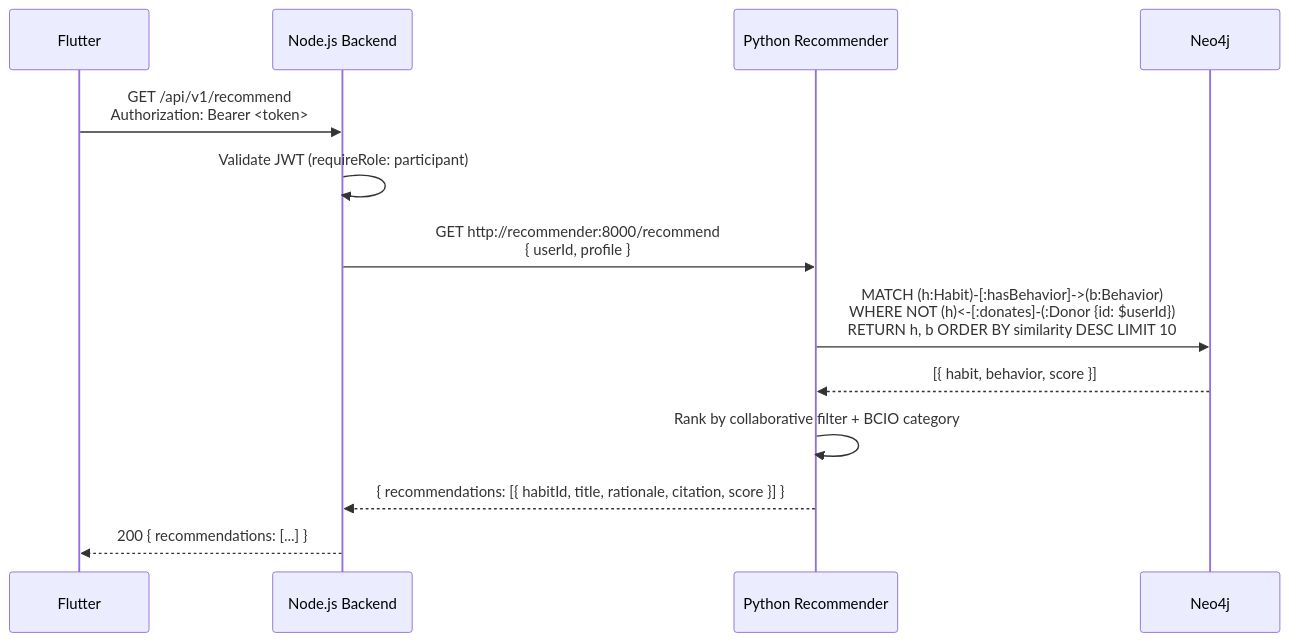
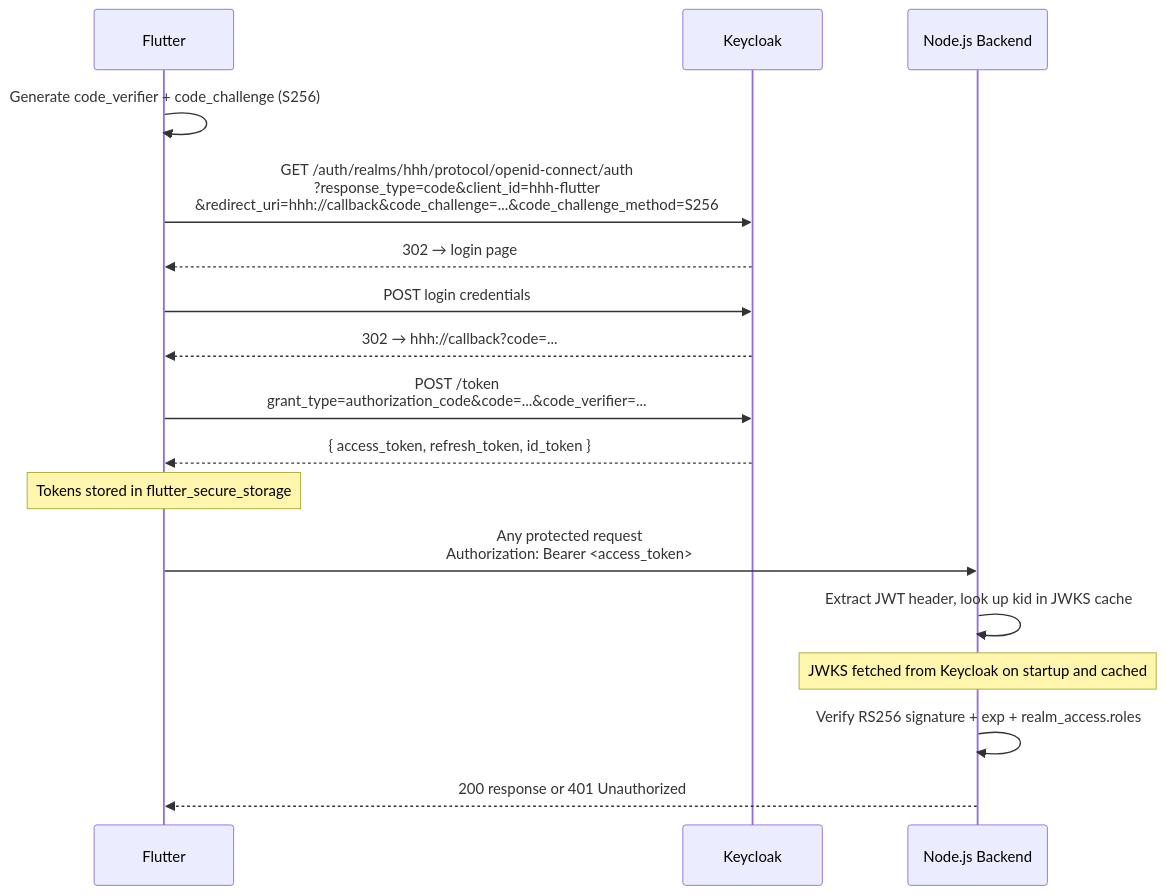
The fourth of 4 diagrams in docs/architecture.md (Bulgy404/health-habit-hub), drawn with Mermaid before and after one commit. The commit also changed other lines of this file and 4 other files, not shown here.

First line of the commit message:
feat: [US-143] - Ralph — update architecture documentation

````diff
--- a/docs/architecture.md
+++ b/docs/architecture.md
@@ -128,16 +176,22 @@
 ```mermaid
 sequenceDiagram
     participant Flutter
+    participant Keycloak
     participant Backend as Node.js Backend
-    participant Recommender as Python Recommender
-    participant Neo4j
 
-    Flutter->>Backend: GET /api/v1/recommend<br/>Authorization: Bearer <token>
-    Backend->>Backend: Validate JWT (requireRole: participant)
-    Backend->>Recommender: GET http://recommender:8000/recommend<br/>{ userId, profile }
-    Recommender->>Neo4j: MATCH (h:Habit)-[:hasBehavior]->(b:Behavior)<br/>WHERE NOT (h)<-[:donates]-(:Donor {id: $userId})<br/>RETURN h, b ORDER BY similarity DESC LIMIT 10
-    Neo4j-->>Recommender: [{ habit, behavior, score }]
-    Recommender->>Recommender: Rank by collaborative filter + BCIO category
-    Recommender-->>Backend: { recommendations: [{ habitId, title, rationale, citation, score }] }
-    Backend-->>Flutter: 200 { recommendations: [...] }
+    Flutter->>Flutter: Generate code_verifier + code_challenge (S256)
+    Flutter->>Keycloak: GET /auth/realms/hhh/protocol/openid-connect/auth<br/>?response_type=code&client_id=hhh-flutter<br/>&redirect_uri=hhh://callback&code_challenge=...&code_challenge_method=S256
+    Keycloak-->>Flutter: 302 → login page
+    Flutter->>Keycloak: POST login credentials
+    Keycloak-->>Flutter: 302 → hhh://callback?code=...
+    Flutter->>Keycloak: POST /token<br/>grant_type=authorization_code&code=...&code_verifier=...
+    Keycloak-->>Flutter: { access_token, refresh_token, id_token }
+
+    Note over Flutter: Tokens stored in flutter_secure_storage
+
+    Flutter->>Backend: Any protected request<br/>Authorization: Bearer <access_token>
+    Backend->>Backend: Extract JWT header, look up kid in JWKS cache
+    Note over Backend: JWKS fetched from Keycloak on startup and cached
+    Backend->>Backend: Verify RS256 signature + exp + realm_access.roles
+    Backend-->>Flutter: 200 response or 401 Unauthorized
 ```
````
